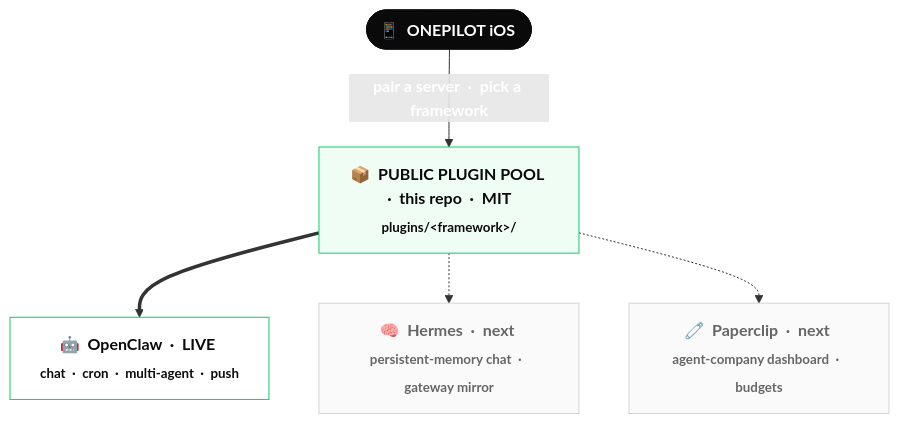
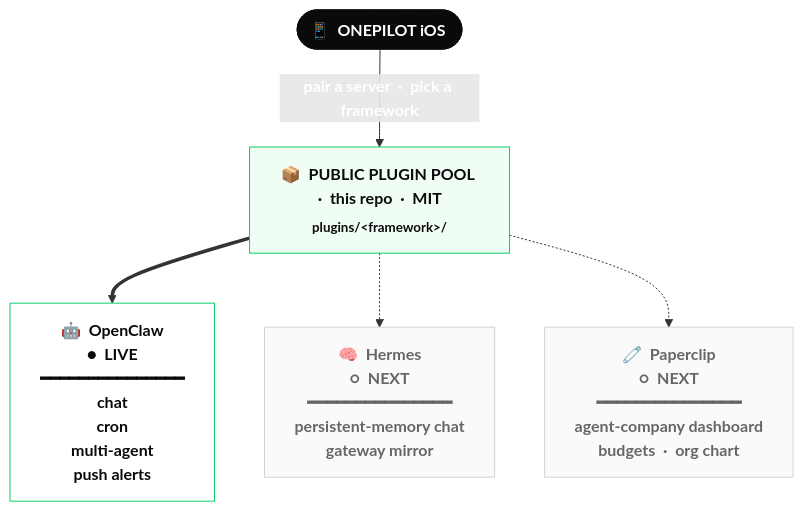
The third of 3 diagrams in README.md (sofiane8910/onepilotapp), drawn with Mermaid before and after one commit.

Commit message:
README: clearer separation between framework status and capabilities
Add a horizontal rule between the framework name/status and its capability
list inside each adapter node, and break capabilities onto their own lines
so the boxes read as: name → status → divider → specs.

````diff
--- a/README.md
+++ b/README.md
@@ -97,17 +97,17 @@
 ```mermaid
 flowchart TB
     A(["📱 &nbsp;ONEPILOT iOS&nbsp;"])
     A -- "pair a server &nbsp;·&nbsp; pick a framework" --> B["📦 &nbsp;PUBLIC PLUGIN POOL &nbsp;·&nbsp; this repo &nbsp;·&nbsp; MIT&nbsp;<br/><sub>plugins/&lt;framework&gt;/</sub>"]
-    B ==> C["🤖 &nbsp;OpenClaw &nbsp;·&nbsp; LIVE&nbsp;<br/><sub>chat &nbsp;·&nbsp; cron &nbsp;·&nbsp; multi-agent &nbsp;·&nbsp; push</sub>"]
-    B -.-> D["🧠 &nbsp;Hermes &nbsp;·&nbsp; next&nbsp;<br/><sub>persistent-memory chat &nbsp;·&nbsp; gateway mirror</sub>"]
-    B -.-> E["🧷 &nbsp;Paperclip &nbsp;·&nbsp; next&nbsp;<br/><sub>agent-company dashboard &nbsp;·&nbsp; budgets</sub>"]
+    B ==> C["<b>🤖 &nbsp;OpenClaw</b><br/><b>● &nbsp;LIVE</b><br/>━━━━━━━━━━━━━━━<br/>chat<br/>cron<br/>multi-agent<br/>push alerts"]
+    B -.-> D["<b>🧠 &nbsp;Hermes</b><br/>○ &nbsp;NEXT<br/>━━━━━━━━━━━━━━━<br/>persistent-memory chat<br/>gateway mirror"]
+    B -.-> E["<b>🧷 &nbsp;Paperclip</b><br/>○ &nbsp;NEXT<br/>━━━━━━━━━━━━━━━<br/>agent-company dashboard<br/>budgets &nbsp;·&nbsp; org chart"]
 
     classDef root fill:#0a0a0a,stroke:#0a0a0a,color:#fff,font-weight:bold
     classDef pool fill:#f0fdf4,stroke:#0cce6b,color:#0a0a0a,font-weight:bold
     classDef live fill:#ffffff,stroke:#0cce6b,color:#0a0a0a,font-weight:bold
     classDef next fill:#fafafa,stroke:#d4d4d4,color:#666
     class A root
     class B pool
     class C live
     class D,E next
 ```
````
